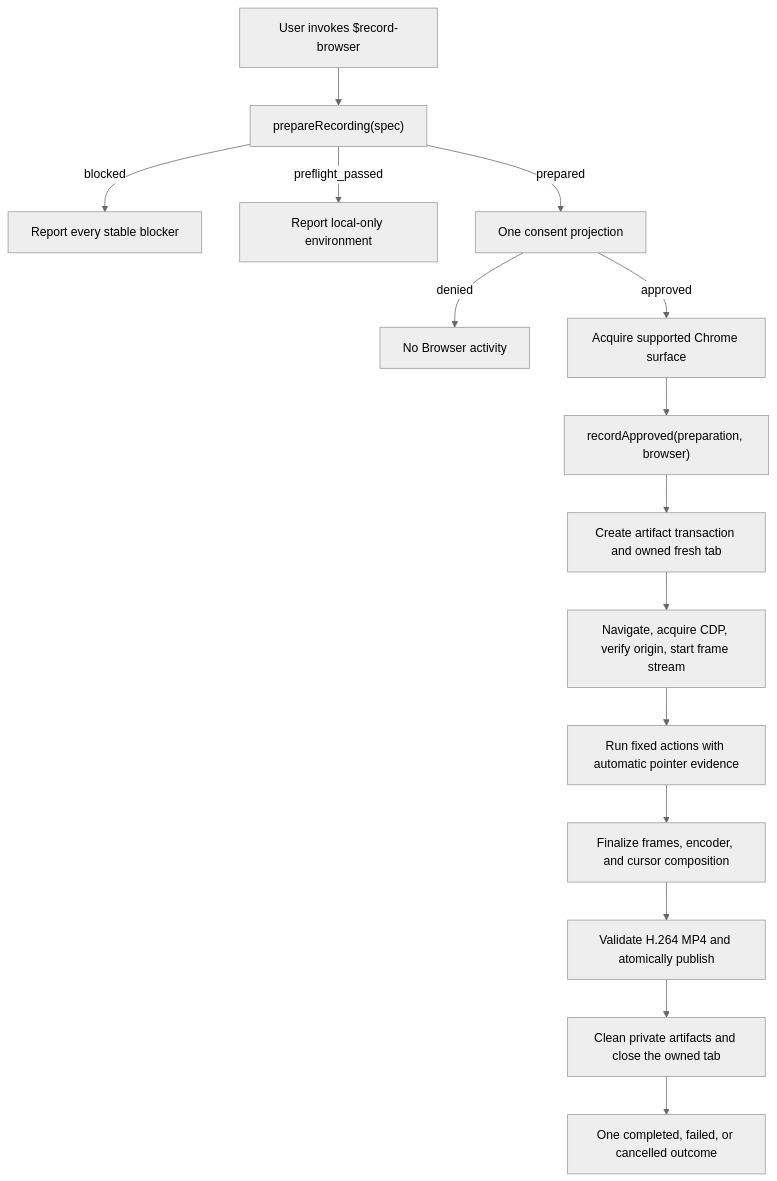
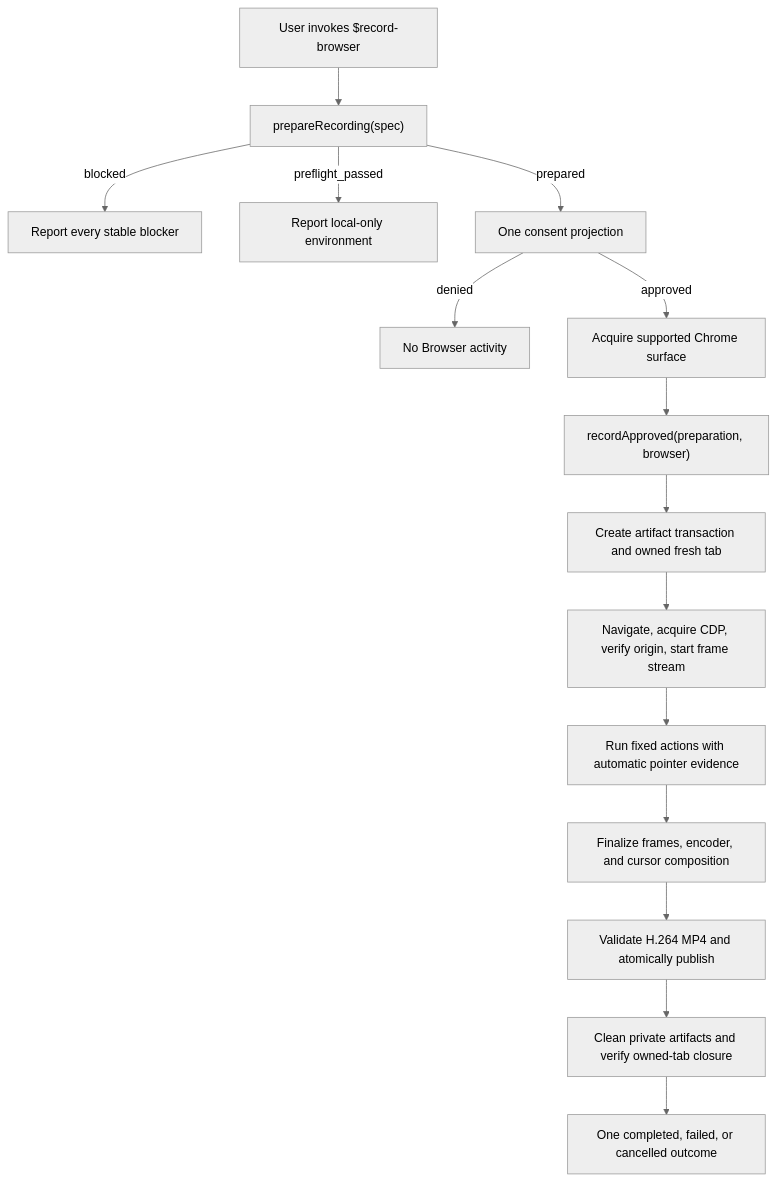
One commit to flsteven87/codex-browser-recorder changed the diagram in docs/architecture.md. Above: the diagram before and after it, drawn with Mermaid (neutral theme). The commit also changed other lines of this file and 7 other files, not shown here.

First line of the commit message:
fix: verify owned recording tab cleanup (#27)

````diff
--- a/docs/architecture.md
+++ b/docs/architecture.md
@@ -9,17 +9,17 @@
 ```mermaid
 flowchart TD
   U["User invokes $record-browser"] --> P["prepareRecording(spec)"]
   P -->|"blocked"| F["Report every stable blocker"]
   P -->|"preflight_passed"| L["Report local-only environment"]
   P -->|"prepared"| C["One consent projection"]
   C -->|"denied"| N["No Browser activity"]
   C -->|"approved"| B["Acquire supported Chrome surface"]
   B --> R["recordApproved(preparation, browser)"]
   R --> T["Create artifact transaction and owned fresh tab"]
   T --> S["Navigate, acquire CDP, verify origin, start frame stream"]
   S --> A["Run fixed actions with automatic pointer evidence"]
   A --> M["Finalize frames, encoder, and cursor composition"]
   M --> V["Validate H.264 MP4 and atomically publish"]
-  V --> X["Clean private artifacts and close the owned tab"]
+  V --> X["Clean private artifacts and verify owned-tab closure"]
   X --> O["One completed, failed, or cancelled outcome"]
 ```
````
